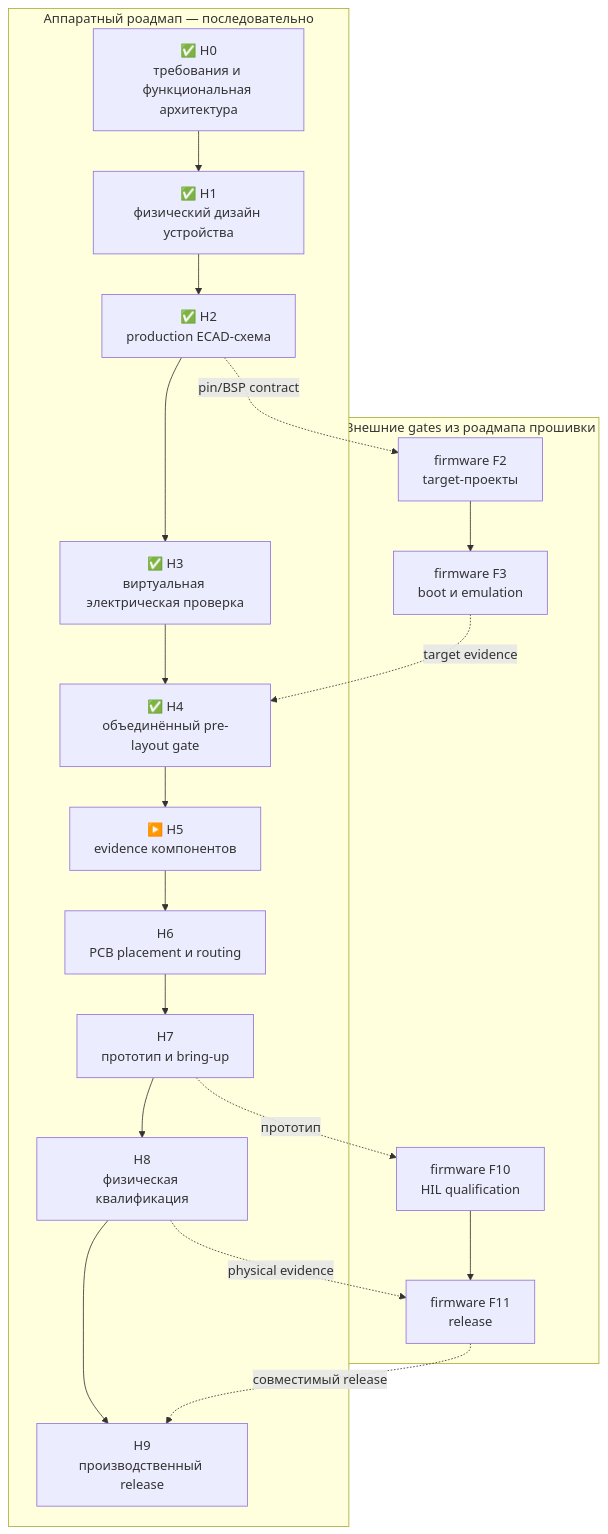
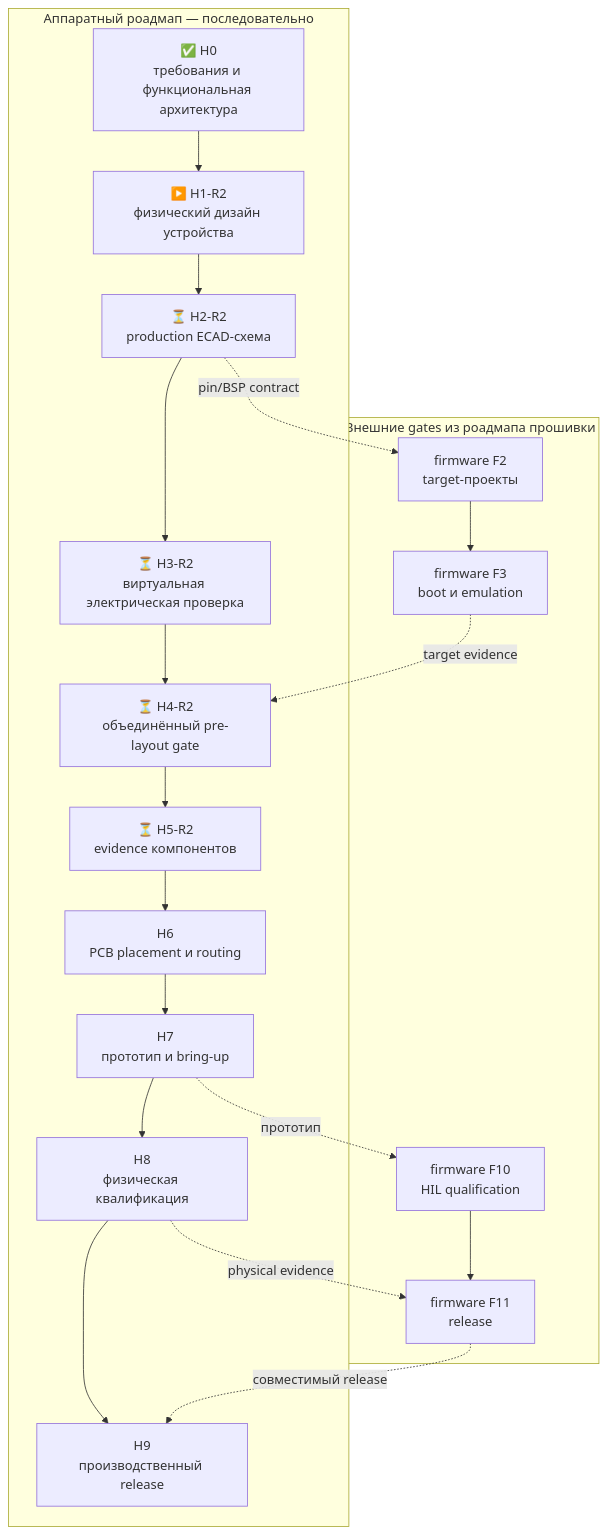
Before and after one commit to anton-vinogradov/esp32-leshy2: the diagram in docs/roadmap.ru.md, drawn with Mermaid. The commit also changed other lines of this file and 17 other files, not shown here.

````diff
--- a/docs/roadmap.ru.md
+++ b/docs/roadmap.ru.md
@@ -320,31 +323,31 @@
 ```mermaid
 flowchart TD
   subgraph HW["Аппаратный роадмап — последовательно"]
     H0["✅ H0<br/>требования и функциональная архитектура"]
-    H1["✅ H1<br/>физический дизайн устройства"]
-    H2["✅ H2<br/>production ECAD-схема"]
-    H3["✅ H3<br/>виртуальная электрическая проверка"]
-    H4["✅ H4<br/>объединённый pre-layout gate"]
-    H5["▶️ H5<br/>evidence компонентов"]
+    H1["▶️ H1-R2<br/>физический дизайн устройства"]
+    H2["⏳ H2-R2<br/>production ECAD-схема"]
+    H3["⏳ H3-R2<br/>виртуальная электрическая проверка"]
+    H4["⏳ H4-R2<br/>объединённый pre-layout gate"]
+    H5["⏳ H5-R2<br/>evidence компонентов"]
     H6["H6<br/>PCB placement и routing"]
     H7["H7<br/>прототип и bring-up"]
     H8["H8<br/>физическая квалификация"]
     H9["H9<br/>производственный release"]
     H0 --> H1 --> H2 --> H3 --> H4 --> H5 --> H6 --> H7 --> H8 --> H9
   end
 
   subgraph FW["Внешние gates из роадмапа прошивки"]
     F2["firmware F2<br/>target-проекты"]
     F3["firmware F3<br/>boot и emulation"]
     F10["firmware F10<br/>HIL qualification"]
     F11["firmware F11<br/>release"]
     F2 --> F3
     F10 --> F11
   end
 
   H2 -. "pin/BSP contract" .-> F2
   F3 -. "target evidence" .-> H4
   H7 -. "прототип" .-> F10
   H8 -. "physical evidence" .-> F11
   F11 -. "совместимый release" .-> H9
 ```
````
